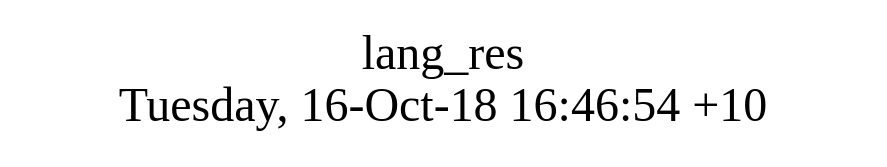
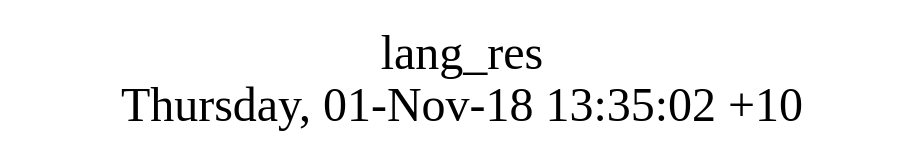
One commit to AplaProject/apps changed the diagram in src/lang_res/struct.dot. Above: the diagram before and after it, drawn with Graphviz. The commit also changed 275 other files, not shown here.

```diff
--- a/src/lang_res/struct.dot
+++ b/src/lang_res/struct.dot
@@ -1,8 +1,8 @@
 digraph G {
 fontsize="24";
-label="lang_res\nTuesday, 16-Oct-18 16:46:54 +10";
+label="lang_res\nThursday, 01-Nov-18 13:35:02 +10";
 nojustify=true;
 ordering=out;
 rankdir=LR;
 size="30";
 }
```
